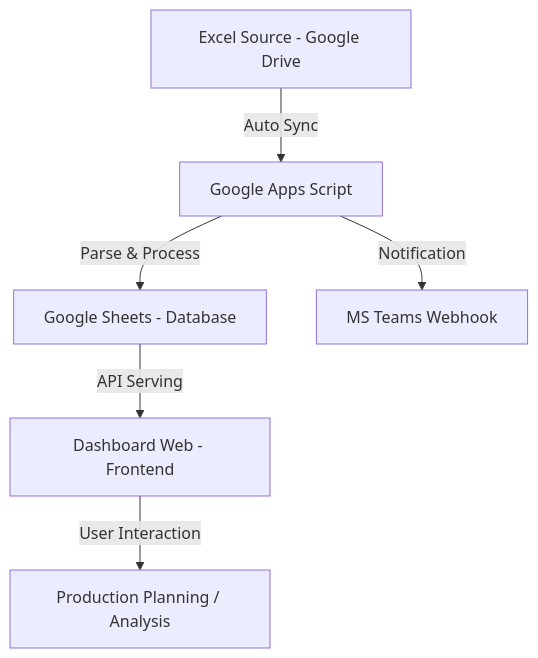
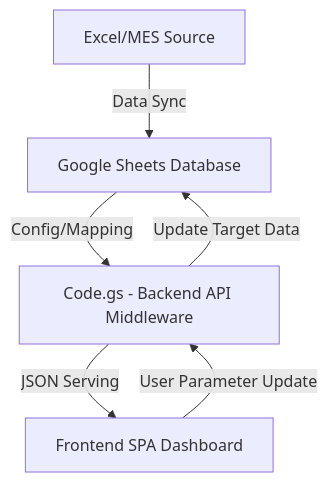
One commit to egogogogogogo/ad_samjin changed the diagram in docs/architecture.md. Above: the diagram before and after it, drawn with Mermaid. The commit also changed other lines of this file and 4 other files, not shown here.

````diff
--- a/docs/architecture.md
+++ b/docs/architecture.md
@@ -6,8 +7,8 @@
 ```mermaid
 graph TD
-    A[Excel Source - Google Drive] -- Auto Sync --> B[Google Apps Script]
-    B -- Parse & Process --> C[Google Sheets - Database]
-    C -- API Serving --> D[Dashboard Web - Frontend]
-    D -- User Interaction --> E[Production Planning / Analysis]
-    B -- Notification --> F[MS Teams Webhook]
+    A[Excel/MES Source] -- Data Sync --> B[Google Sheets Database]
+    B -- Config/Mapping --> C[Code.gs - Backend API Middleware]
+    C -- JSON Serving --> D[Frontend SPA Dashboard]
+    D -- User Parameter Update --> C 
+    C -- Update Target Data --> B
 ```
````
